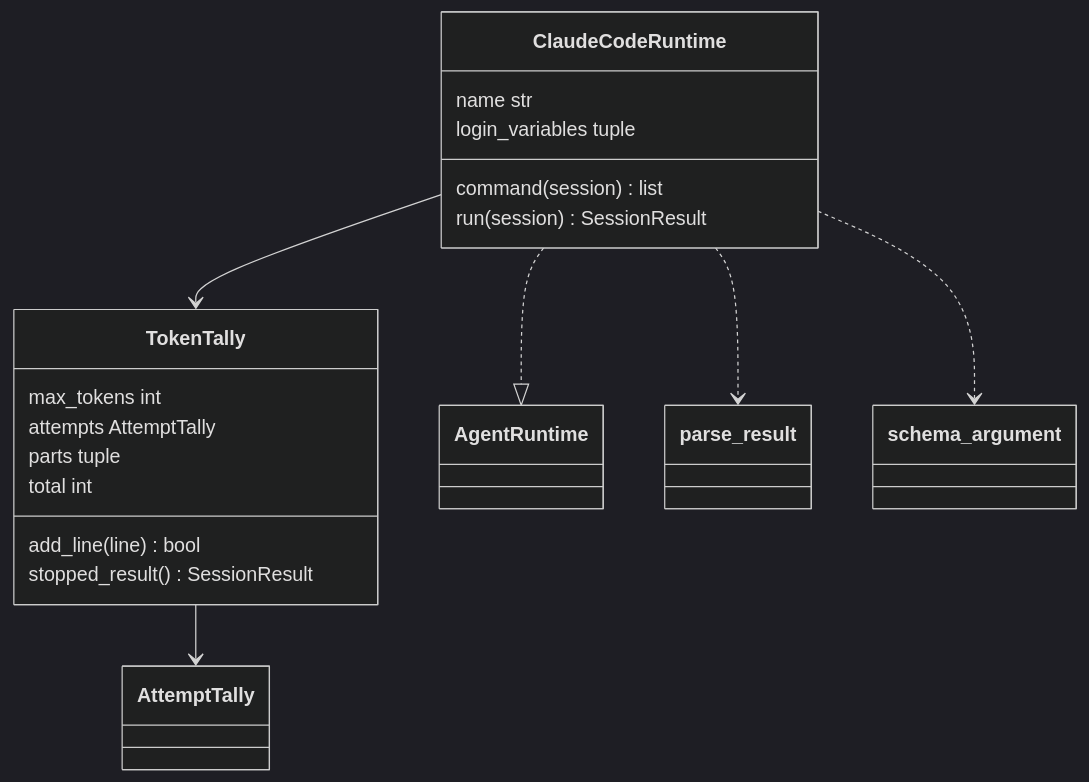
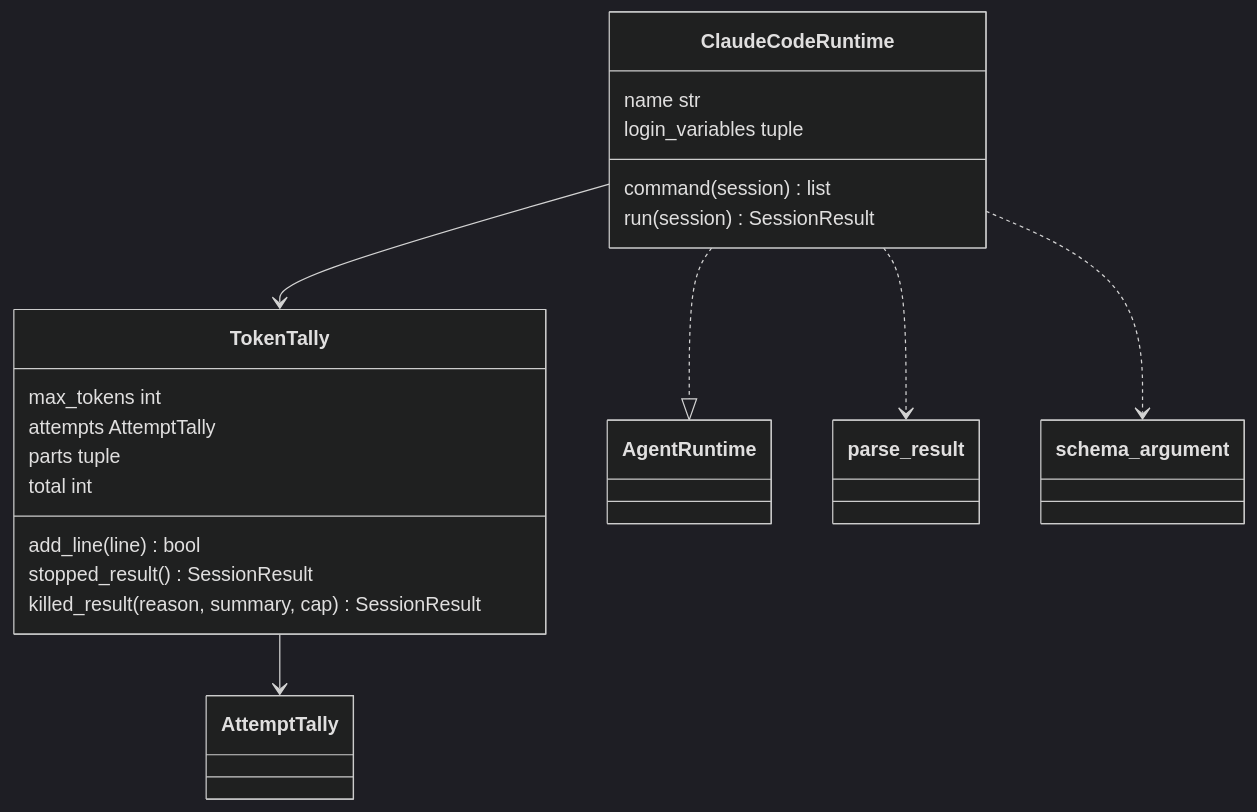
Before and after one commit to plaplanche/ariane: the second of 3 diagrams in docs/architecture/modules/claude_code.md, drawn with Mermaid (dark theme). The commit also changed other lines of this file and 2 other files, not shown here.

````diff
--- a/docs/architecture/modules/claude_code.md
+++ b/docs/architecture/modules/claude_code.md
@@ -39,22 +39,23 @@
 ```mermaid
 classDiagram
 class ClaudeCodeRuntime {
   name str
   login_variables tuple
   command(session) list
   run(session) SessionResult
 }
 class TokenTally {
   max_tokens int
   attempts AttemptTally
   parts tuple
   total int
   add_line(line) bool
   stopped_result() SessionResult
+  killed_result(reason, summary, cap) SessionResult
 }
 ClaudeCodeRuntime ..|> AgentRuntime
 ClaudeCodeRuntime --> TokenTally
 ClaudeCodeRuntime ..> parse_result
 ClaudeCodeRuntime ..> schema_argument
 TokenTally --> AttemptTally
 ```
````
